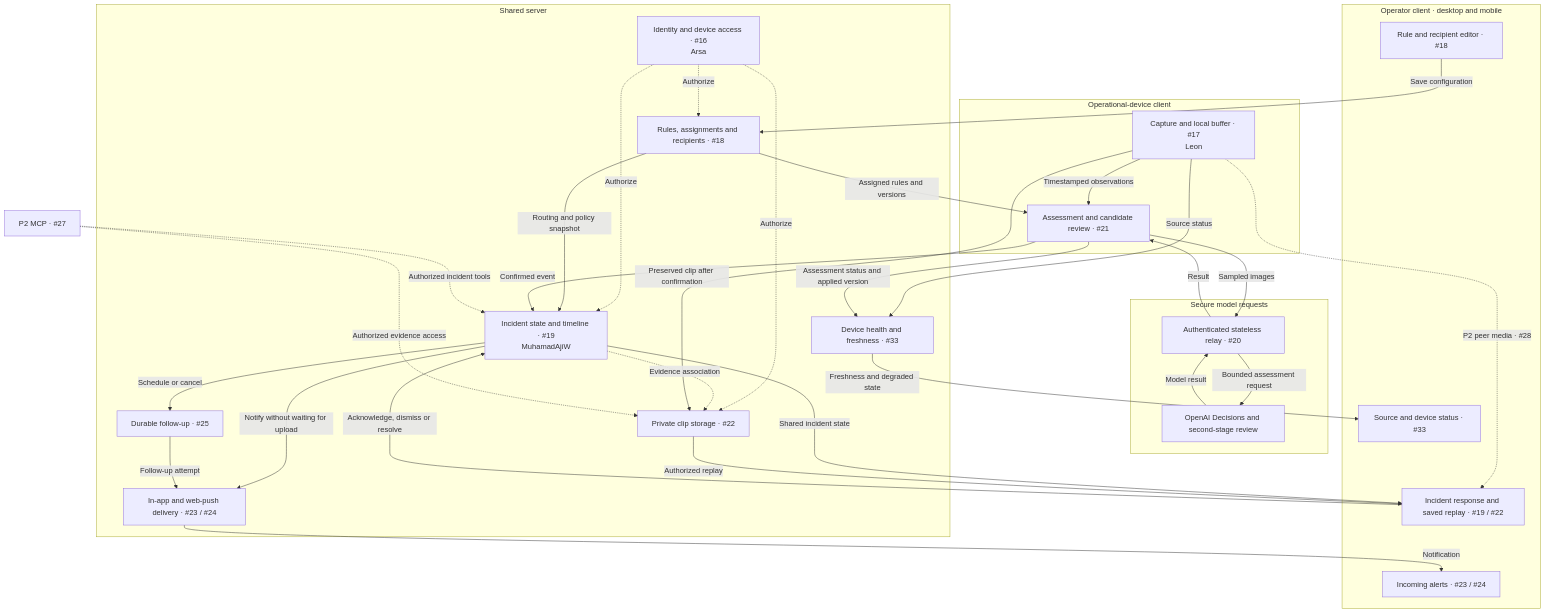
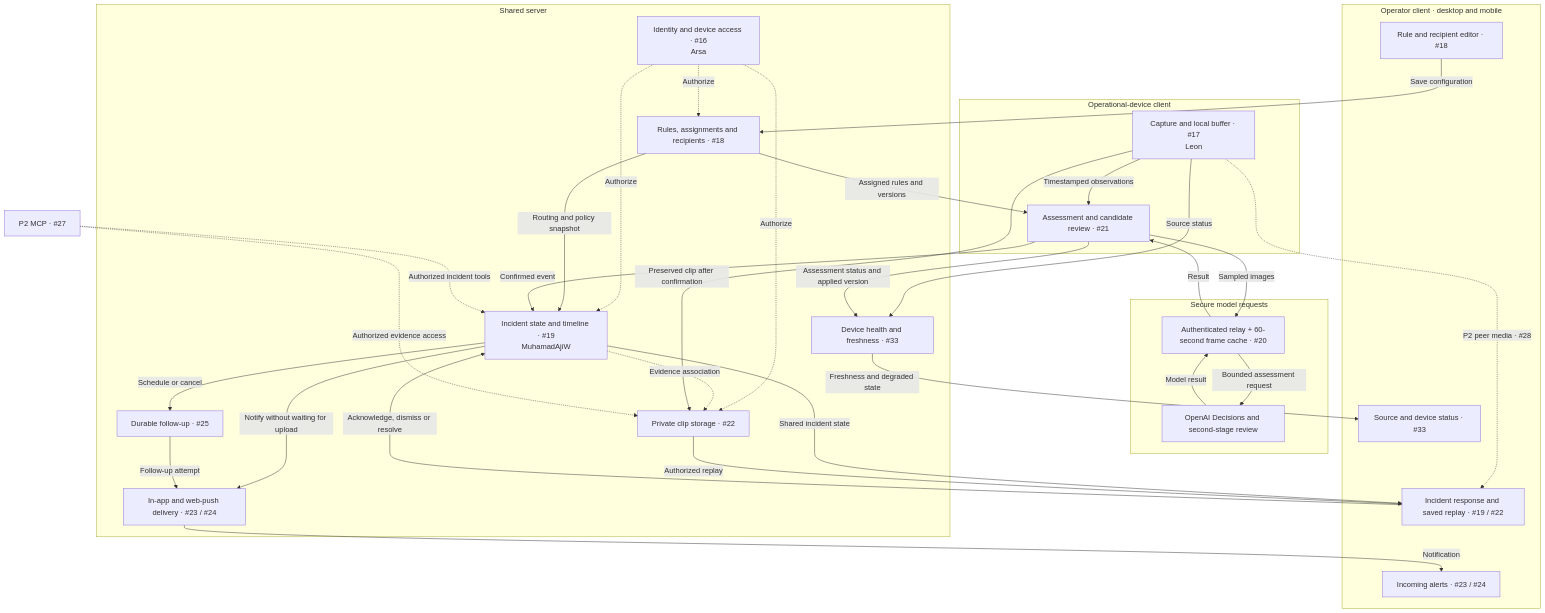
Before and after one commit to KenEzekiel/lookout-ai: the first of 2 diagrams in docs/architecture/roadmap.md, drawn with Mermaid. The commit also changed 16 other files, not shown here.

````diff
--- a/docs/architecture/roadmap.md
+++ b/docs/architecture/roadmap.md
@@ -9,58 +9,58 @@
 ```mermaid
 flowchart TB
     subgraph DEVICE[Operational-device client]
         Capture["Capture and local buffer · #17<br/>Leon"]
         Assess["Assessment and candidate review · #21"]
         Capture -->|Timestamped observations| Assess
     end
 
     subgraph AI[Secure model requests]
-        Relay["Authenticated stateless relay · #20"]
+        Relay["Authenticated relay + 60-second frame cache · #20"]
         Model["OpenAI Decisions and second-stage review"]
         Relay -->|Bounded assessment request| Model
         Model -->|Model result| Relay
     end
     Assess -->|Sampled images| Relay
     Relay -->|Result| Assess
 
     subgraph SERVER[Shared server]
         Access["Identity and device access · #16<br/>Arsa"]
         Config["Rules, assignments and recipients · #18"]
         Incidents["Incident state and timeline · #19<br/>MuhamadAjiW"]
         Clips["Private clip storage · #22"]
         Delivery["In-app and web-push delivery · #23 / #24"]
         Escalation["Durable follow-up · #25"]
         Health["Device health and freshness · #33"]
         Access -.->|Authorize| Config
         Access -.->|Authorize| Incidents
         Access -.->|Authorize| Clips
         Config -->|Routing and policy snapshot| Incidents
         Incidents -->|Notify without waiting for upload| Delivery
         Incidents -->|Schedule or cancel| Escalation
         Escalation -->|Follow-up attempt| Delivery
         Incidents -.->|Evidence association| Clips
     end
 
     Config -->|Assigned rules and versions| Assess
     Assess -->|Confirmed event| Incidents
     Capture -->|Preserved clip after confirmation| Clips
     Capture -->|Source status| Health
     Assess -->|Assessment status and applied version| Health
 
     subgraph OPERATOR[Operator client · desktop and mobile]
         Editor["Rule and recipient editor · #18"]
         Detail["Incident response and saved replay · #19 / #22"]
         Alerts["Incoming alerts · #23 / #24"]
         Status["Source and device status · #33"]
     end
     Editor -->|Save configuration| Config
     Incidents -->|Shared incident state| Detail
     Detail -->|Acknowledge, dismiss or resolve| Incidents
     Clips -->|Authorized replay| Detail
     Delivery -->|Notification| Alerts
     Health -->|Freshness and degraded state| Status
 
     MCP["P2 MCP · #27"] -.->|Authorized incident tools| Incidents
     MCP -.->|Authorized evidence access| Clips
     Capture -.->|P2 peer media · #28| Detail
 ```
````
